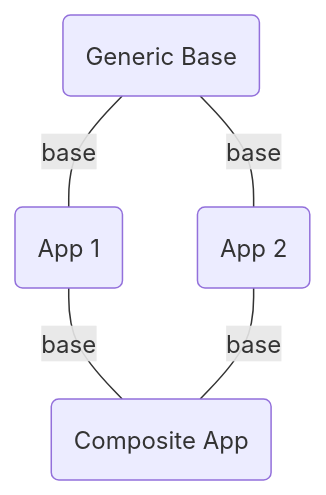
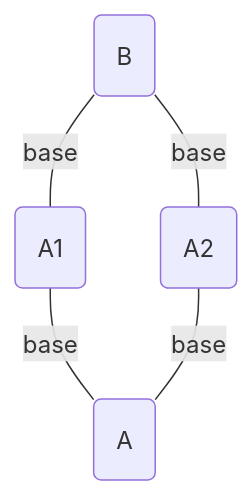
One commit to kubernetes/kubectl changed the diagram in docs/book/pages/app_composition_and_deployment/structure_multi_tier_apps.md. Above: the diagram before and after it, drawn with Mermaid. The commit also changed other lines of this file and 9 other files, not shown here.

````diff
--- a/docs/book/pages/app_composition_and_deployment/structure_multi_tier_apps.md
+++ b/docs/book/pages/app_composition_and_deployment/structure_multi_tier_apps.md
@@ -17,7 +25,7 @@
 ```mermaid
 graph TD;
-  B("Generic Base ")---|base|A1("App 1 ");
-  B("Generic Base ")---|base|A2("App 2 ");
-  A1("App 1 ")---|base|C("Composite App ");
-  A2("App 2 ")---|base|C("Composite App ");
+  B("B ")---|base|A1("A1 ");
+  B("B ")---|base|A2("A2 ");
+  A1("A1 ")---|base|C("A ");
+  A2("A2 ")---|base|C("A ");
 ```
````
